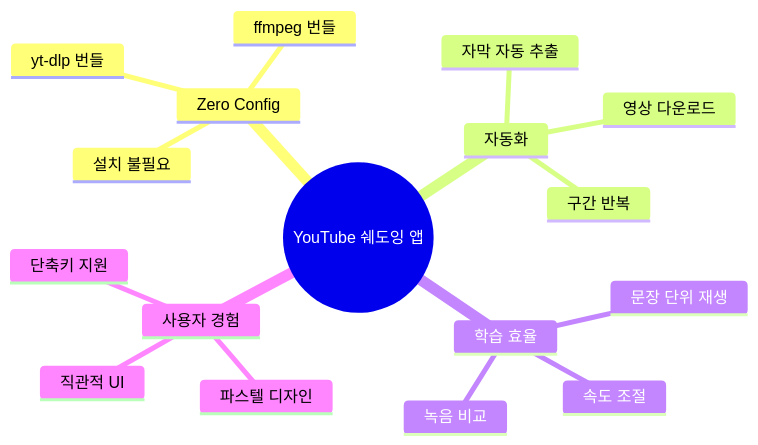
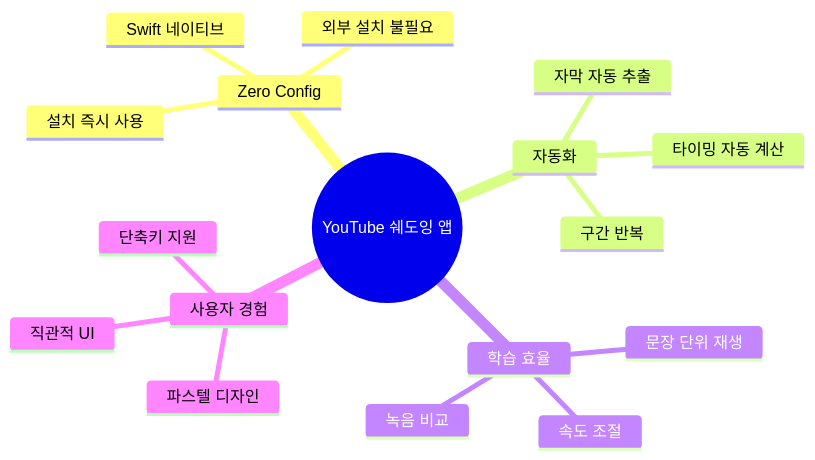
Before and after one commit to goodsw4all/Shawdowing: the first of 13 diagrams in SPEC.md, drawn with Mermaid. The commit also changed other lines of this file and 11 other files, not shown here.

````diff
--- a/SPEC.md
+++ b/SPEC.md
@@ -25,20 +25,20 @@
 ```mermaid
 mindmap
   root((YouTube 쉐도잉 앱))
     Zero Config
-      yt-dlp 번들
-      ffmpeg 번들
-      설치 불필요
+      설치 즉시 사용
+      외부 설치 불필요
+      Swift 네이티브
     자동화
       자막 자동 추출
-      영상 다운로드
+      타이밍 자동 계산
       구간 반복
     학습 효율
       문장 단위 재생
       속도 조절
       녹음 비교
     사용자 경험
       파스텔 디자인
       직관적 UI
       단축키 지원
 ```
````
